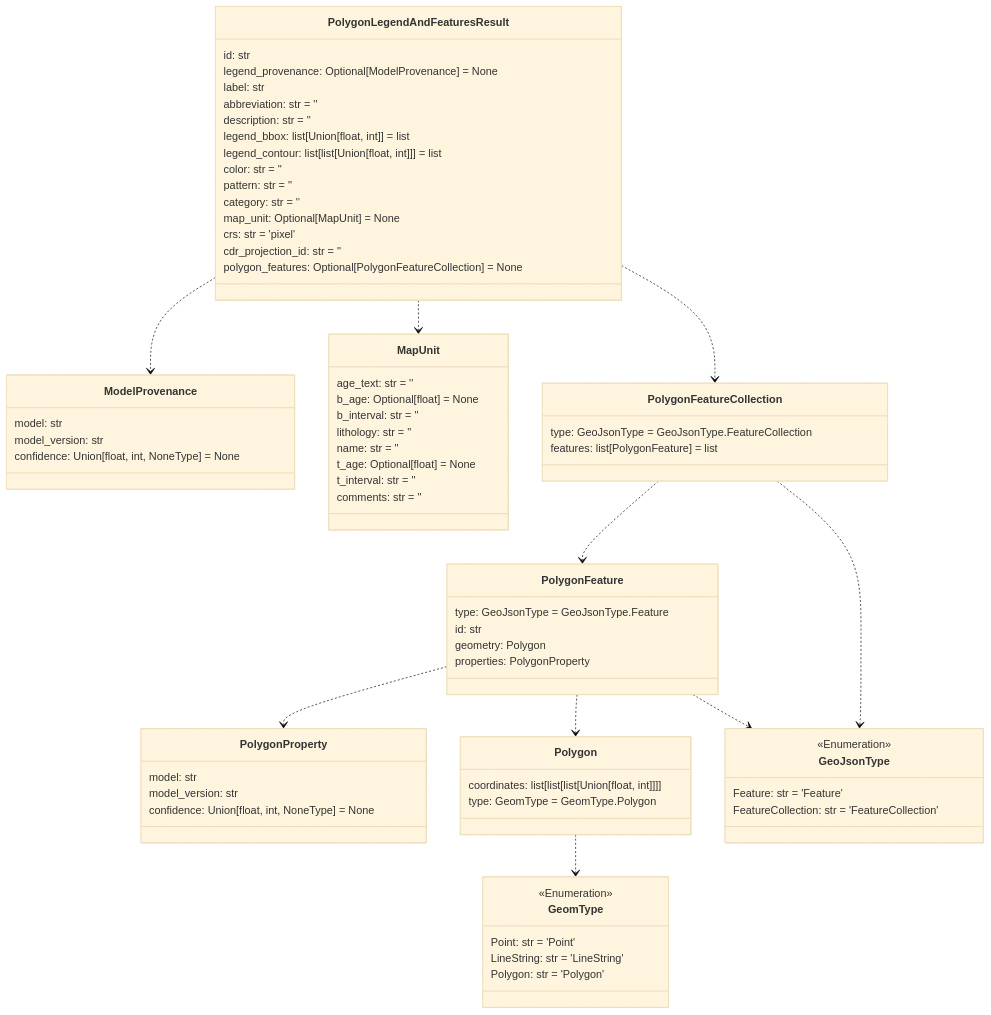
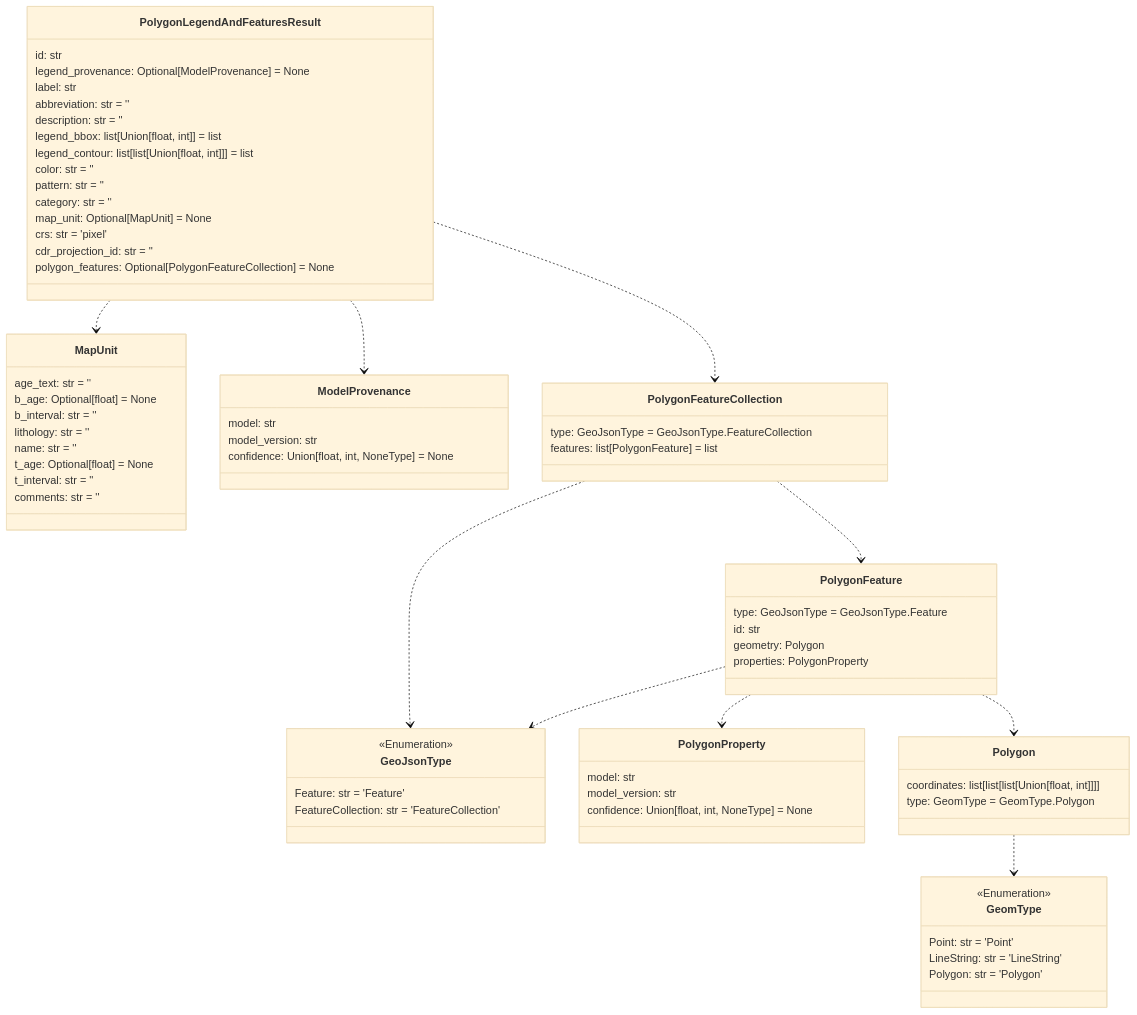
One commit to DARPA-CRITICALMAAS/cdr_schemas changed the seventh of 12 diagrams in README.md. Above: the diagram before and after it, drawn with Mermaid (base theme). The commit also changed other lines of this file and 1 other file, not shown here.

Commit message:
bump version (#29)

````diff
--- a/README.md
+++ b/README.md
@@ -520,17 +520,15 @@
 ```mermaid
 classDiagram
 
-    class PolygonFeature {
-        type: GeoJsonType = GeoJsonType.Feature
-        id: str
-        geometry: Polygon
-        properties: PolygonProperty
-    }
-
-    class ModelProvenance {
-        model: str
-        model_version: str
-        confidence: Union[float, int, NoneType] = None
+    class MapUnit {
+        age_text: str = ''
+        b_age: Optional[float] = None
+        b_interval: str = ''
+        lithology: str = ''
+        name: str = ''
+        t_age: Optional[float] = None
+        t_interval: str = ''
+        comments: str = ''
     }
 
     class PolygonLegendAndFeaturesResult {
@@ -550,15 +548,10 @@
         polygon_features: Optional[PolygonFeatureCollection] = None
     }
 
-    class MapUnit {
-        age_text: str = ''
-        b_age: Optional[float] = None
-        b_interval: str = ''
-        lithology: str = ''
-        name: str = ''
-        t_age: Optional[float] = None
-        t_interval: str = ''
-        comments: str = ''
+    class GeoJsonType {
+        <<Enumeration>>
+        Feature: str = 'Feature'
+        FeatureCollection: str = 'FeatureCollection'
     }
 
     class GeomType {
@@ -566,6 +559,12 @@
         Point: str = 'Point'
         LineString: str = 'LineString'
         Polygon: str = 'Polygon'
+    }
+
+    class ModelProvenance {
+        model: str
+        model_version: str
+        confidence: Union[float, int, NoneType] = None
     }
 
     class PolygonProperty {
@@ -584,18 +583,19 @@
         features: list[PolygonFeature] = list
     }
 
-    class GeoJsonType {
-        <<Enumeration>>
-        Feature: str = 'Feature'
-        FeatureCollection: str = 'FeatureCollection'
+    class PolygonFeature {
+        type: GeoJsonType = GeoJsonType.Feature
+        id: str
+        geometry: Polygon
+        properties: PolygonProperty
     }
 
     Polygon ..> GeomType
     PolygonFeature ..> Polygon
     PolygonFeature ..> GeoJsonType
     PolygonFeature ..> PolygonProperty
+    PolygonFeatureCollection ..> GeoJsonType
     PolygonFeatureCollection ..> PolygonFeature
-    PolygonFeatureCollection ..> GeoJsonType
     PolygonLegendAndFeaturesResult ..> PolygonFeatureCollection
     PolygonLegendAndFeaturesResult ..> MapUnit
     PolygonLegendAndFeaturesResult ..> ModelProvenance
````
